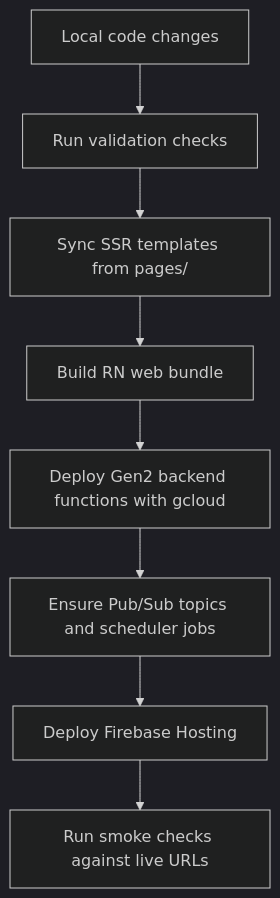
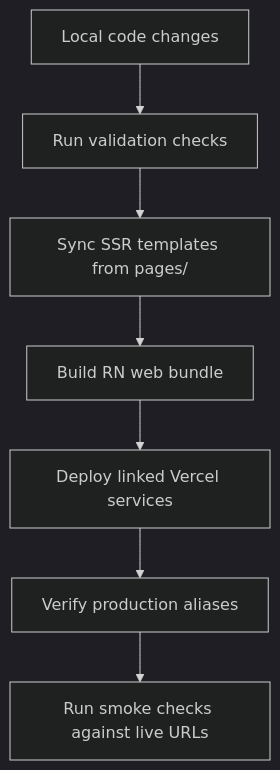
One commit to tamzid2001/stockssagemakerdata changed the fifth of 5 diagrams in README.md. Above: the diagram before and after it, drawn with Mermaid (dark theme). The commit also changed other lines of this file and 5 other files, not shown here.

Commit message:
Make Vercel the authoritative production deploy

````diff
--- a/README.md
+++ b/README.md
@@ -235,10 +236,9 @@
 ```mermaid
 flowchart TD
     A["Local code changes"] --> B["Run validation checks"]
     B --> C["Sync SSR templates from pages/"]
     C --> D["Build RN web bundle"]
-    D --> E["Deploy Gen2 backend functions with gcloud"]
-    E --> F["Ensure Pub/Sub topics and scheduler jobs"]
-    F --> G["Deploy Firebase Hosting"]
-    G --> H["Run smoke checks against live URLs"]
+    D --> E["Deploy linked Vercel services"]
+    E --> F["Verify production aliases"]
+    F --> G["Run smoke checks against live URLs"]
 ```
````
